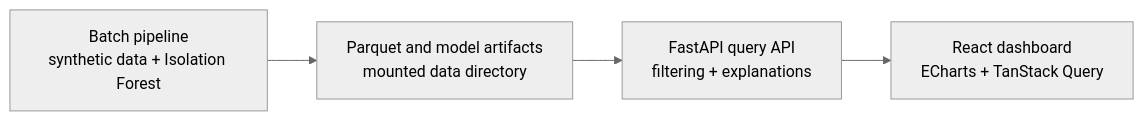
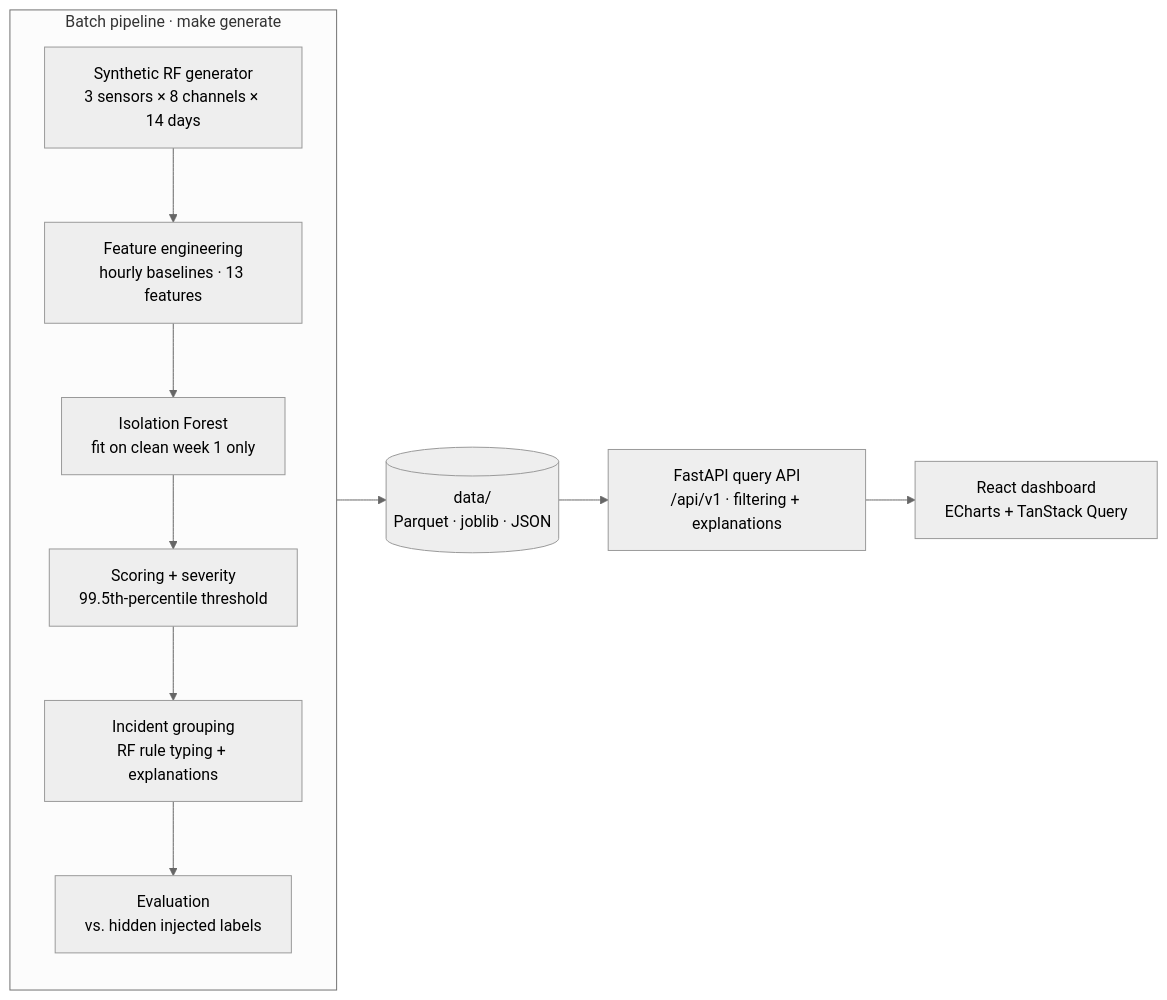
The diagram in README.md (randygimah/SignalWatch), drawn with Mermaid (neutral theme) before and after one commit. The commit also changed other lines of this file and 7 other files, not shown here.

````diff
--- a/README.md
+++ b/README.md
@@ -25,6 +76,14 @@
 ```mermaid
 flowchart LR
-    P["Batch pipeline<br/>synthetic data + Isolation Forest"] --> A["Parquet and model artifacts<br/>mounted data directory"]
-    A --> API["FastAPI query API<br/>filtering + explanations"]
+    subgraph pipeline["Batch pipeline · make generate"]
+        direction TB
+        G["Synthetic RF generator<br/>3 sensors × 8 channels × 14 days"] --> F["Feature engineering<br/>hourly baselines · 13 features"]
+        F --> M["Isolation Forest<br/>fit on clean week 1 only"]
+        M --> S["Scoring + severity<br/>99.5th-percentile threshold"]
+        S --> I["Incident grouping<br/>RF rule typing + explanations"]
+        I --> E["Evaluation<br/>vs. hidden injected labels"]
+    end
+    pipeline --> D[("data/<br/>Parquet · joblib · JSON")]
+    D --> API["FastAPI query API<br/>/api/v1 · filtering + explanations"]
     API --> UI["React dashboard<br/>ECharts + TanStack Query"]
 ```
````
